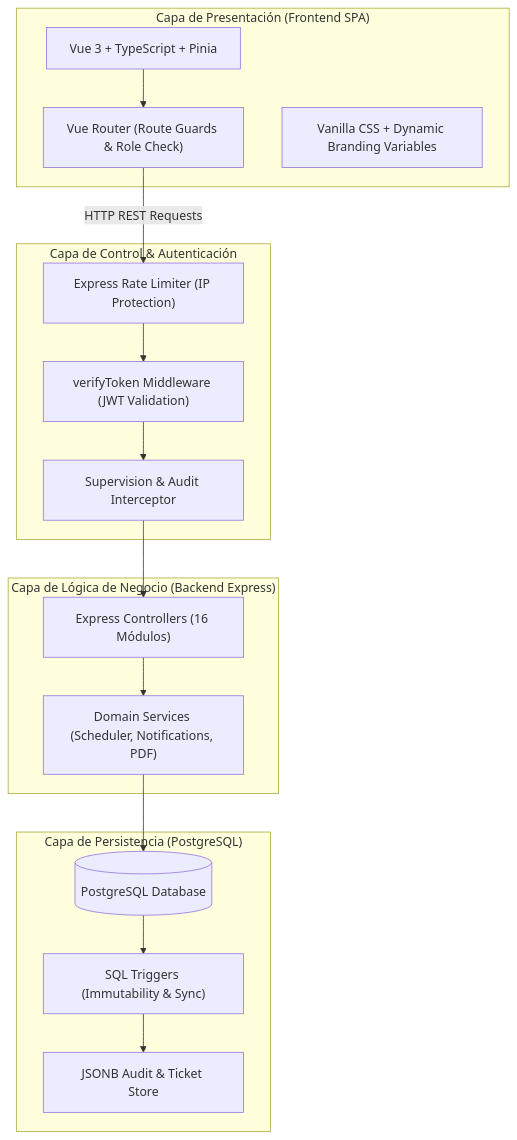
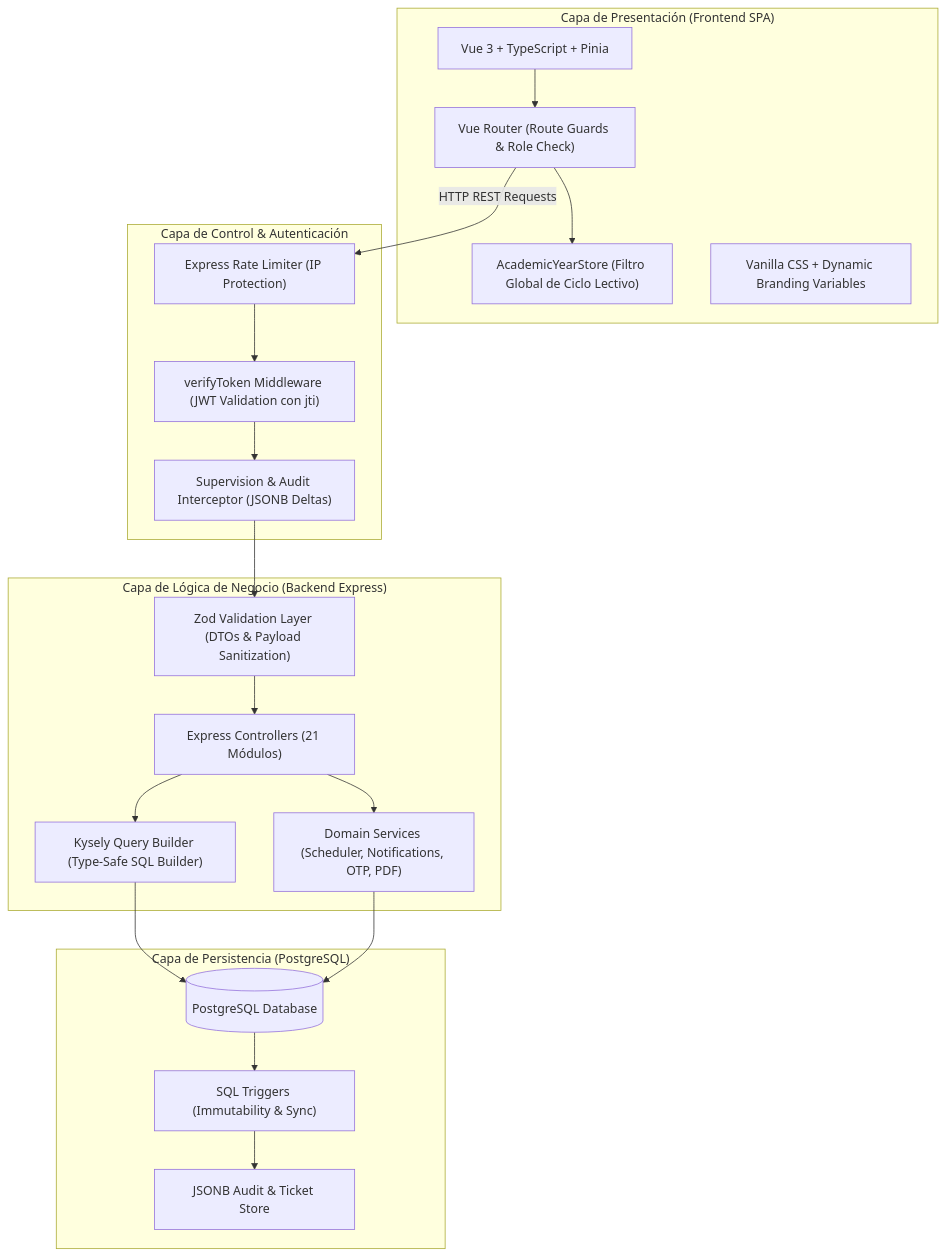
The first of 3 diagrams in guides/AcademiaNeiva_Documentacion_Tecnica_Integral.md (DanExl24/AcademiaNeiva), drawn with Mermaid before and after one commit. The commit also changed other lines of this file and 1 other file, not shown here.

Commit message:
docs: actualizar Documentacion Tecnica Integral a v2.5.0 con los 21 modulos y estandares Kysely/Zod

````diff
--- a/guides/AcademiaNeiva_Documentacion_Tecnica_Integral.md
+++ b/guides/AcademiaNeiva_Documentacion_Tecnica_Integral.md
@@ -102,35 +109,42 @@
 ```mermaid
 graph TD
     subgraph Frontend ["Capa de Presentación (Frontend SPA)"]
         UI["Vue 3 + TypeScript + Pinia"]
         Router["Vue Router (Route Guards & Role Check)"]
+        YearStore["AcademicYearStore (Filtro Global de Ciclo Lectivo)"]
         CSS["Vanilla CSS + Dynamic Branding Variables"]
     end
 
     subgraph Middleware ["Capa de Control & Autenticación"]
-        AuthMiddleware["verifyToken Middleware (JWT Validation)"]
-        AuditMiddleware["Supervision & Audit Interceptor"]
+        AuthMiddleware["verifyToken Middleware (JWT Validation con jti)"]
+        AuditMiddleware["Supervision & Audit Interceptor (JSONB Deltas)"]
         RateLimit["Express Rate Limiter (IP Protection)"]
     end
 
     subgraph Backend ["Capa de Lógica de Negocio (Backend Express)"]
-        Controllers["Express Controllers (16 Módulos)"]
-        Services["Domain Services (Scheduler, Notifications, PDF)"]
+        Controllers["Express Controllers (21 Módulos)"]
+        ZodSchemas["Zod Validation Layer (DTOs & Payload Sanitization)"]
+        KyselyQB["Kysely Query Builder (Type-Safe SQL Builder)"]
+        Services["Domain Services (Scheduler, Notifications, OTP, PDF)"]
     end
 
     subgraph Persistence ["Capa de Persistencia (PostgreSQL)"]
         DB[(PostgreSQL Database)]
         Triggers["SQL Triggers (Immutability & Sync)"]
         JSONB["JSONB Audit & Ticket Store"]
     end
 
     UI --> Router
+    Router --> YearStore
     Router -->|HTTP REST Requests| RateLimit
     RateLimit --> AuthMiddleware
     AuthMiddleware --> AuditMiddleware
-    AuditMiddleware --> Controllers
+    AuditMiddleware --> ZodSchemas
+    ZodSchemas --> Controllers
+    Controllers --> KyselyQB
     Controllers --> Services
+    KyselyQB --> DB
     Services --> DB
     DB --> Triggers
     Triggers --> JSONB
 ```
````
